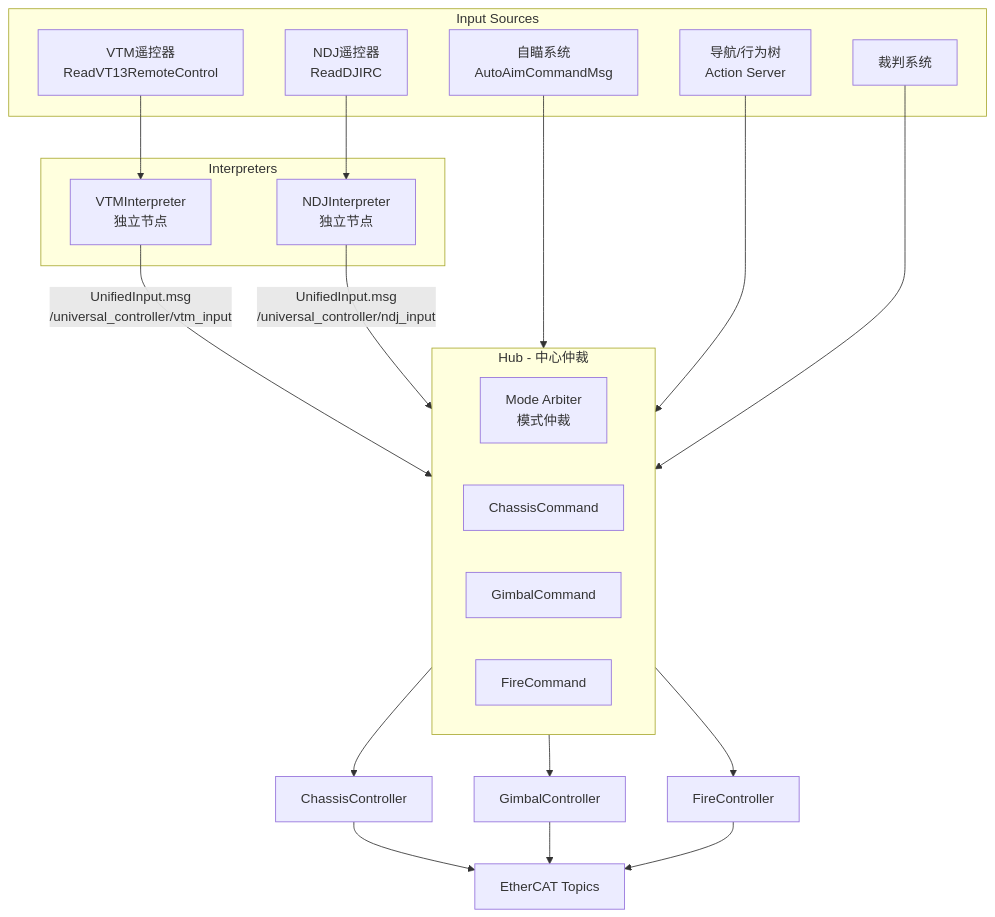
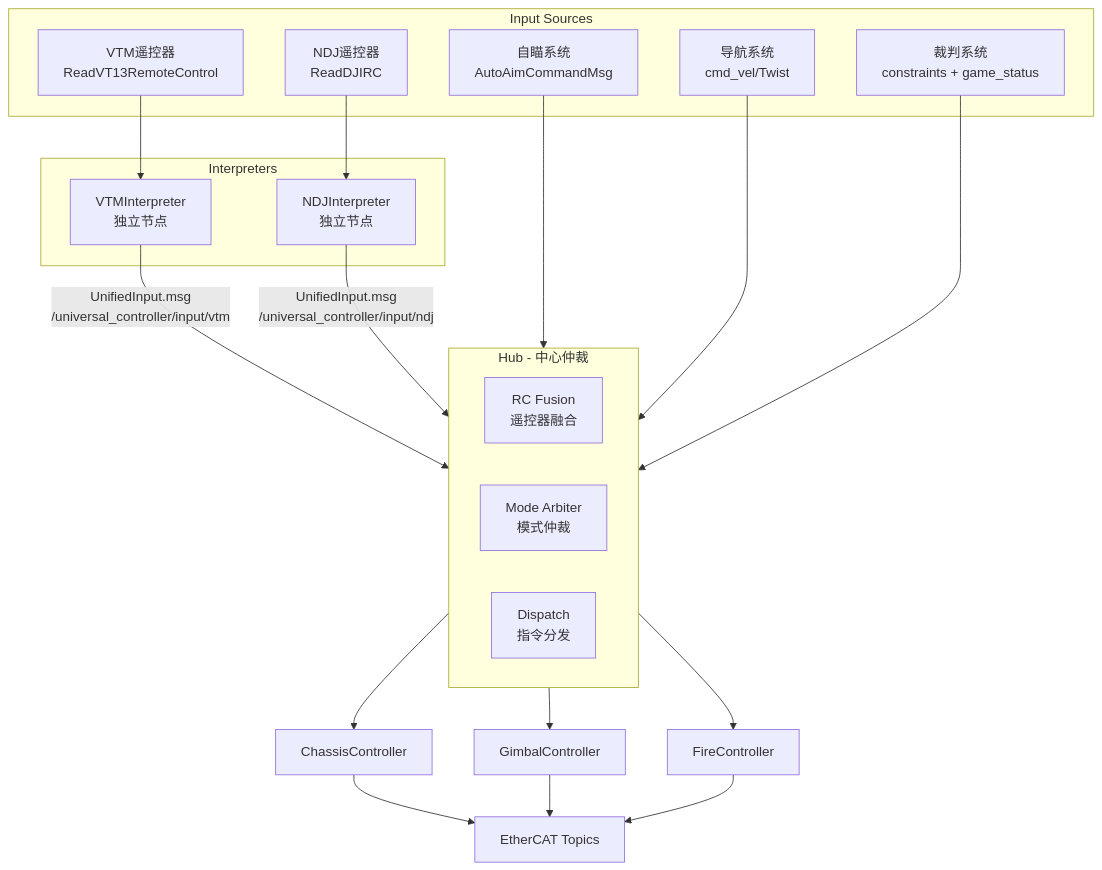
The diagram in README.md (unnc-aim/universal_controller), drawn with Mermaid before and after one commit. The commit also changed other lines of this file and 6 other files, not shown here.

````diff
--- a/README.md
+++ b/README.md
@@ -7,40 +7,39 @@
 ```mermaid
 flowchart TB
     subgraph Input Sources
         VTM[VTM遥控器<br/>ReadVT13RemoteControl]
         NDJ[NDJ遥控器<br/>ReadDJIRC]
         AA[自瞄系统<br/>AutoAimCommandMsg]
-        NAV[导航/行为树<br/>Action Server]
-        REF[裁判系统]
+        NAV[导航系统<br/>cmd_vel/Twist]
+        REF[裁判系统<br/>constraints + game_status]
     end
 
     subgraph Interpreters
         VTM_INT[VTMInterpreter<br/>独立节点]
         NDJ_INT[NDJInterpreter<br/>独立节点]
     end
 
     VTM --> VTM_INT
     NDJ --> NDJ_INT
 
-    VTM_INT -->|UnifiedInput.msg<br/>/universal_controller/vtm_input| HUB
-    NDJ_INT -->|UnifiedInput.msg<br/>/universal_controller/ndj_input| HUB
+    VTM_INT -->|UnifiedInput.msg<br/>/universal_controller/input/vtm| HUB
+    NDJ_INT -->|UnifiedInput.msg<br/>/universal_controller/input/ndj| HUB
 
     AA --> HUB
     NAV --> HUB
     REF --> HUB
 
     subgraph HUB [Hub - 中心仲裁]
+        RC_FUSE[RC Fusion<br/>遥控器融合]
         MA[Mode Arbiter<br/>模式仲裁]
-        CH_CMD[ChassisCommand]
-        GB_CMD[GimbalCommand]
-        FR_CMD[FireCommand]
+        DISPATCH[Dispatch<br/>指令分发]
     end
 
     HUB --> CH[ChassisController]
     HUB --> GB[GimbalController]
     HUB --> FR[FireController]
 
     CH --> EC[EtherCAT Topics]
     GB --> EC
     FR --> EC
 ```
````
